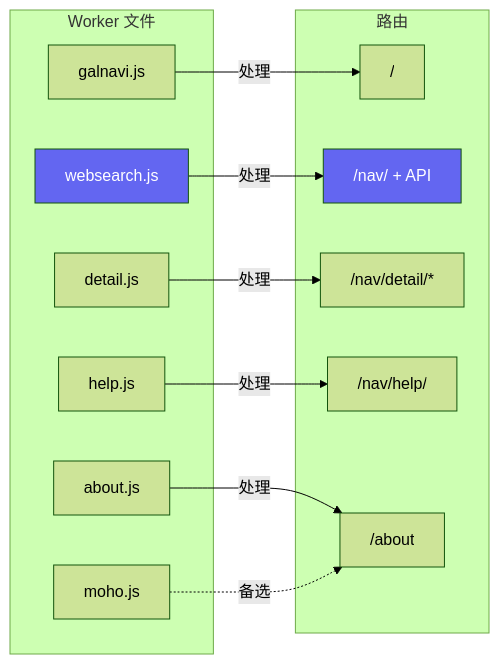
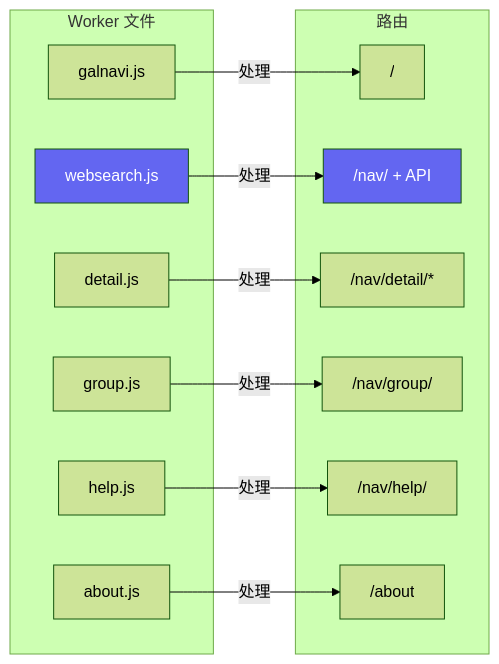
One commit to argb6/galnavi-obsidian changed diagram 11 of 11 in 网站框架总览.md. Above: the diagram before and after it, drawn with Mermaid (forest theme). The commit also changed other lines of this file and 7 other files, not shown here.

First line of the commit message:
Add '神魔殿堂' (/nav/group/) docs and D1 binding

````diff
--- a/网站框架总览.md
+++ b/网站框架总览.md
@@ -402,29 +413,30 @@
 ```mermaid
 graph LR
     subgraph Worker 文件
         JS1["galnavi.js"]
         JS2["websearch.js"]
         JS3["detail.js"]
-        JS4["help.js"]
-        JS5["about.js"]
-        JS6["moho.js"]
-    end
+        JS4["group.js"]
+        JS5["help.js"]
+        JS6["about.js"]
+     end
 
     subgraph 路由
         R1["/"]
         R2["/nav/ + API"]
         R3["/nav/detail/*"]
-        R4["/nav/help/"]
-        R5["/about"]
+        R4["/nav/group/"]
+        R5["/nav/help/"]
+        R6["/about"]
     end
 
     JS1 -->|处理| R1
     JS2 -->|处理| R2
     JS3 -->|处理| R3
     JS4 -->|处理| R4
     JS5 -->|处理| R5
-    JS6 -.->|备选| R5
+    JS6 -->|处理| R6
 
     style JS2 fill:#6366f1,color:#fff
     style R2 fill:#6366f1,color:#fff
 ```
````
